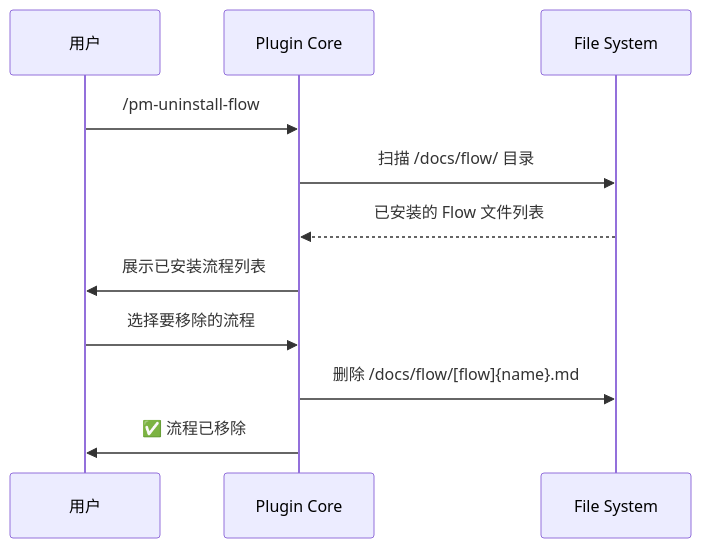
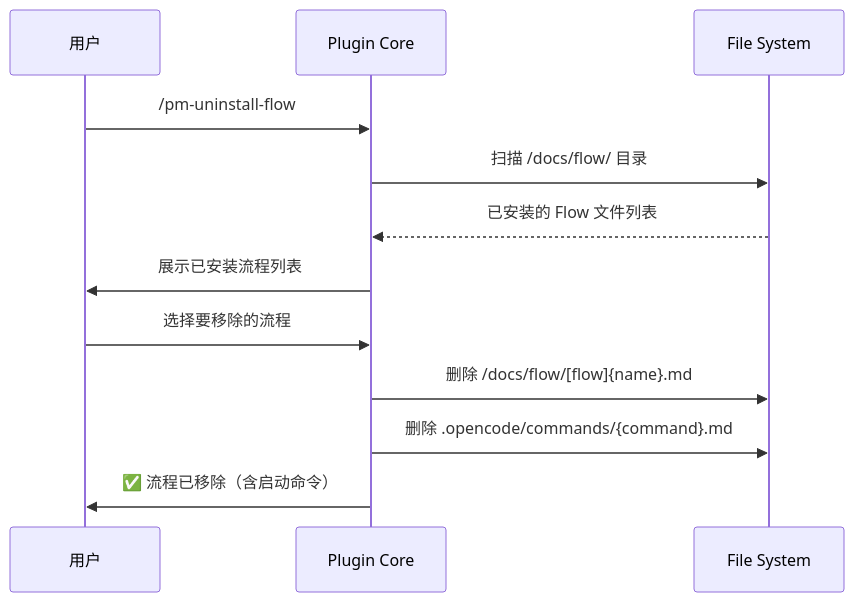
Before and after one commit to hank-cp/opencode-vibe-pm: the second of 2 diagrams in docs/spec/vibe-pm-template-manager.md, drawn with Mermaid. The commit also changed other lines of this file and 8 other files, not shown here.

First line of the commit message:
feat: 模板安装时自动生成 .opencode/commands/ 命令文件

````diff
--- a/docs/spec/vibe-pm-template-manager.md
+++ b/docs/spec/vibe-pm-template-manager.md
@@ -69,14 +71,15 @@
 ```mermaid
 sequenceDiagram
     participant User as 用户
     participant Core as Plugin Core
     participant FS as File System
 
     User->>Core: /pm-uninstall-flow
     Core->>FS: 扫描 /docs/flow/ 目录
     FS-->>Core: 已安装的 Flow 文件列表
     Core->>User: 展示已安装流程列表
     User->>Core: 选择要移除的流程
     Core->>FS: 删除 /docs/flow/[flow]{name}.md
-    Core->>User: ✅ 流程已移除
+    Core->>FS: 删除 .opencode/commands/{command}.md
+    Core->>User: ✅ 流程已移除（含启动命令）
 ```
````
